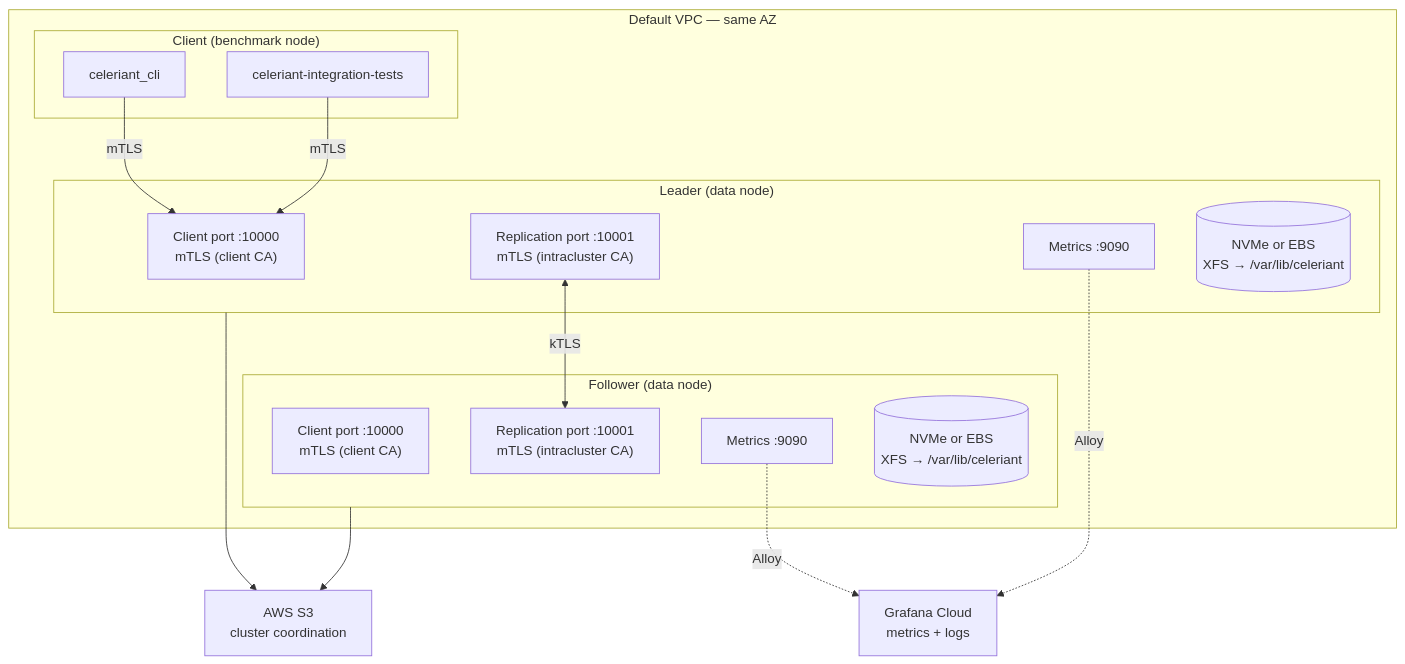
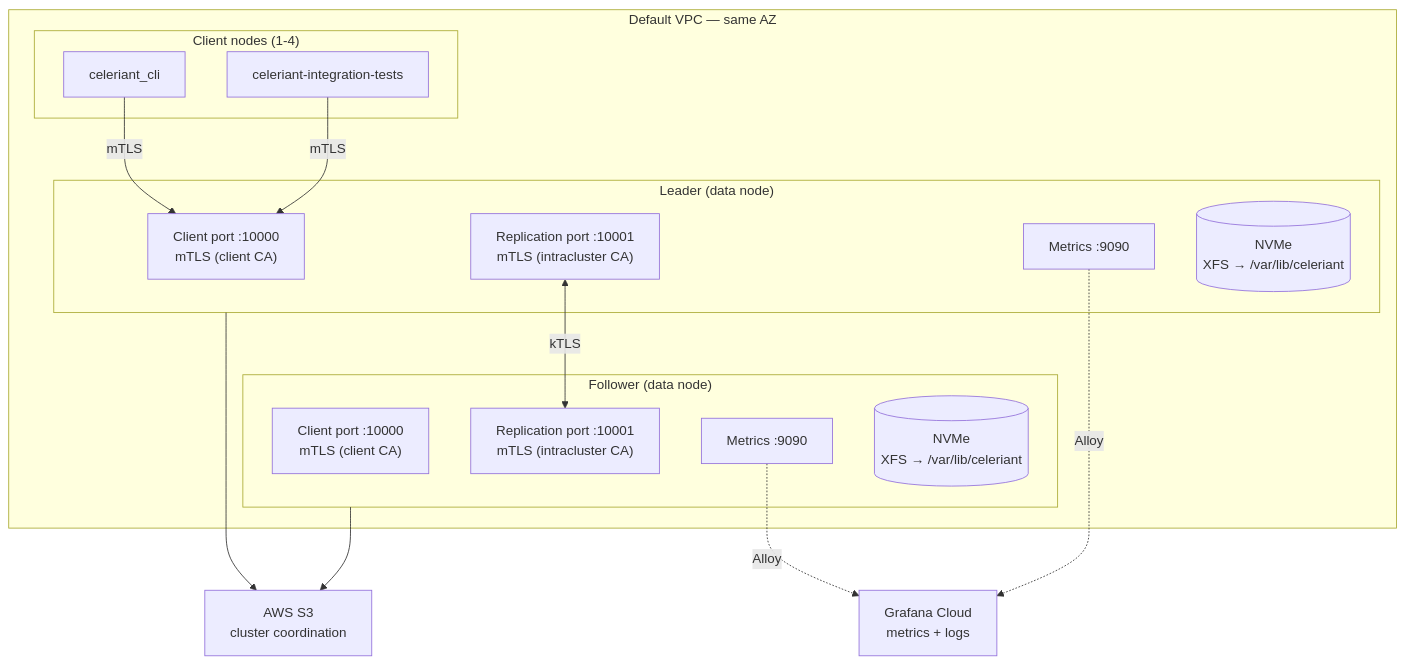
Before and after one commit to celeriant/celeriant-db: the diagram in deploy/ec2-cluster/README.md, drawn with Mermaid. The commit also changed other lines of this file and 11 other files, not shown here.

````diff
--- a/deploy/ec2-cluster/README.md
+++ b/deploy/ec2-cluster/README.md
@@ -9,35 +9,35 @@
 ```mermaid
 graph TB
     subgraph VPC["Default VPC — same AZ"]
         subgraph Leader["Leader (data node)"]
             L_CLIENT["Client port :10000<br/>mTLS (client CA)"]
             L_REPL["Replication port :10001<br/>mTLS (intracluster CA)"]
             L_METRICS["Metrics :9090"]
-            L_STORE[("NVMe or EBS<br/>XFS → /var/lib/celeriant")]
+            L_STORE[("NVMe<br/>XFS → /var/lib/celeriant")]
         end
 
         subgraph Follower["Follower (data node)"]
             F_CLIENT["Client port :10000<br/>mTLS (client CA)"]
             F_REPL["Replication port :10001<br/>mTLS (intracluster CA)"]
             F_METRICS["Metrics :9090"]
-            F_STORE[("NVMe or EBS<br/>XFS → /var/lib/celeriant")]
+            F_STORE[("NVMe<br/>XFS → /var/lib/celeriant")]
         end
 
-        subgraph Client["Client (benchmark node)"]
+        subgraph Clients["Client nodes (1-4)"]
             CLI["celeriant_cli"]
             BENCH["celeriant-integration-tests"]
         end
 
         L_REPL <-->|"kTLS"| F_REPL
         CLI -->|"mTLS"| L_CLIENT
         BENCH -->|"mTLS"| L_CLIENT
     end
 
     S3["AWS S3<br/>cluster coordination"]
     GC["Grafana Cloud<br/>metrics + logs"]
 
     Leader --> S3
     Follower --> S3
     L_METRICS -.->|"Alloy"| GC
     F_METRICS -.->|"Alloy"| GC
 ```
````
